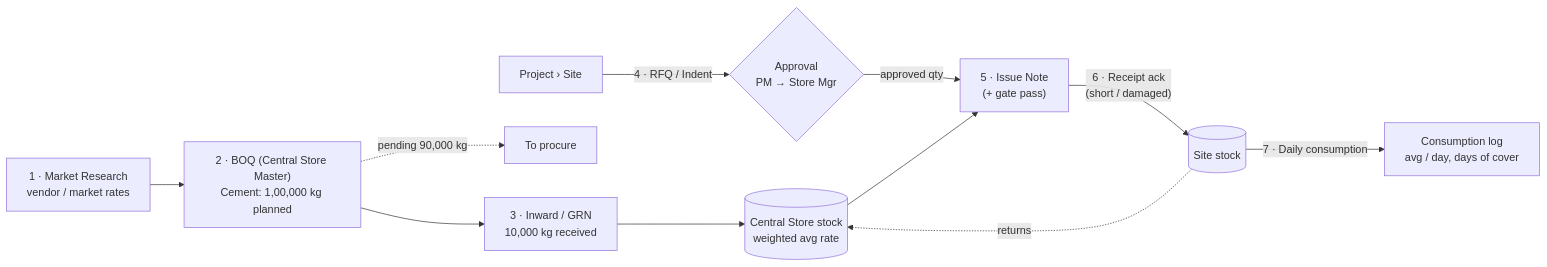
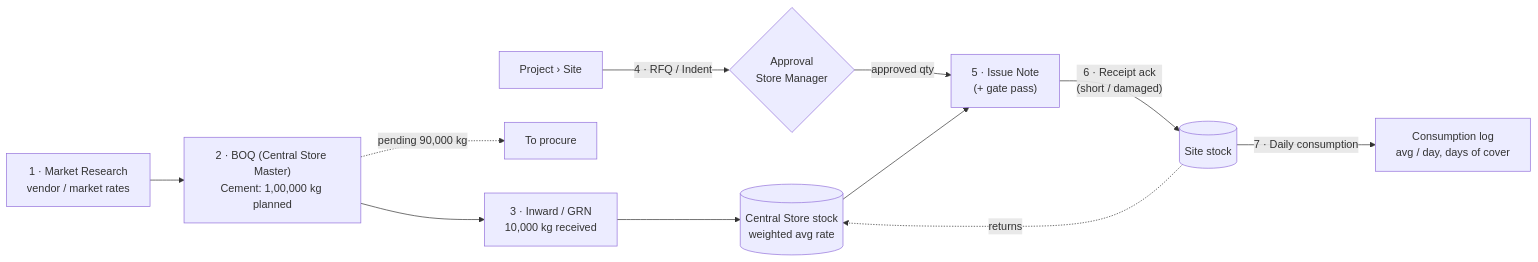
Before and after one commit to kaustubh1214/BOQ_AV: the diagram in PLAN.md, drawn with Mermaid. The commit also changed other lines of this file and 46 other files, not shown here.

Commit message:
Simplify to three roles (one Super Admin, Store Manager admin, Site User); one-step approve & issue; BOQ submit approves; category defaults and unit selector; remove maker-checker

````diff
--- a/PLAN.md
+++ b/PLAN.md
@@ -29,13 +29,13 @@
 ```mermaid
 flowchart LR
   MR["1 · Market Research<br/>vendor / market rates"] --> BOQ["2 · BOQ (Central Store Master)<br/>Cement: 1,00,000 kg planned"]
   BOQ --> GRN["3 · Inward / GRN<br/>10,000 kg received"]
   BOQ -. "pending 90,000 kg" .-> PROC["To procure"]
   GRN --> CS[("Central Store stock<br/>weighted avg rate")]
-  SITE["Project › Site"] -->|"4 · RFQ / Indent"| APR{"Approval<br/>PM → Store Mgr"}
+  SITE["Project › Site"] -->|"4 · RFQ / Indent"| APR{"Approval<br/>Store Manager"}
   APR -->|"approved qty"| ISS["5 · Issue Note<br/>(+ gate pass)"]
   CS --> ISS
   ISS -->|"6 · Receipt ack<br/>(short / damaged)"| SS[("Site stock")]
   SS -->|"7 · Daily consumption"| CONS["Consumption log<br/>avg / day, days of cover"]
   SS -. "returns" .-> CS
 ```
````
